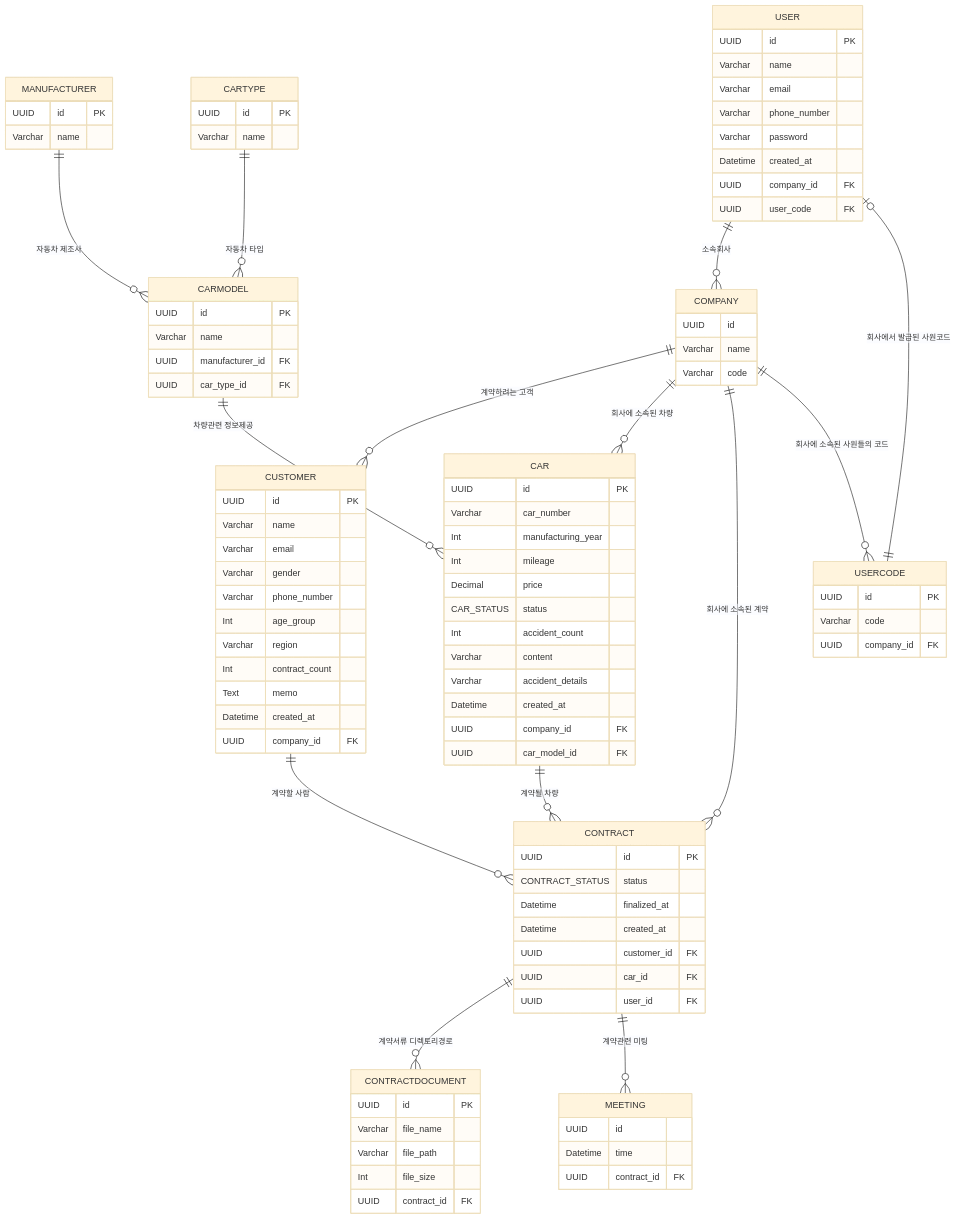
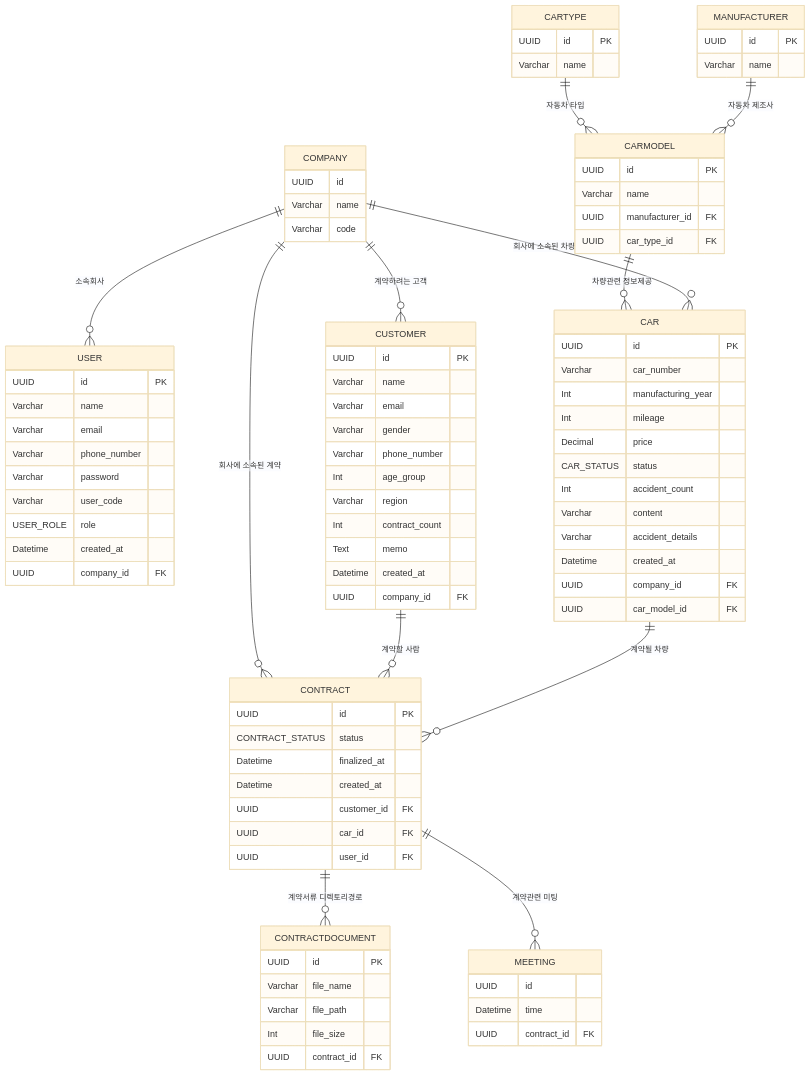
The diagram in README.md (NB-1-DearCarmate/1-DearCarmate-3), drawn with Mermaid (base theme) before and after one commit. The commit also changed 1 other file, not shown here.

Commit message:
erd 수정

````diff
--- a/README.md
+++ b/README.md
@@ -6,10 +6,13 @@
   Varchar email
   Varchar phone_number
   Varchar password
+  Varchar user_code
+  USER_ROLE role
   Datetime created_at
   UUID company_id FK
-  UUID user_code FK
 }
+%% ENUM TYPE: USER_ROLE
+%% VALUES: ADMIN, OWNER, EMPLOYEE
 
 CUSTOMER{
   UUID id PK
@@ -91,14 +94,7 @@
   Varchar code
 }
 
-USERCODE{
-  UUID id PK
-  Varchar code
-  UUID company_id FK
-}
-
-    USER ||--o{ COMPANY : "소속회사"
-    USERCODE ||--o| USER : "회사에서 발급된 사원코드"
+    COMPANY ||--o{ USER : "소속회사"
     COMPANY ||--o{ CUSTOMER  : "계약하려는 고객"
     COMPANY ||--o{ CAR : "회사에 소속된 차량"
     CARMODEL ||--o{ CAR : "차량관련 정보제공"
@@ -109,6 +105,5 @@
     MANUFACTURER ||--o{ CARMODEL : "자동차 제조사"
     CARTYPE ||--o{ CARMODEL : "자동차 타입"
     CONTRACT ||--o{ MEETING : "계약관련 미팅"
-    COMPANY ||--o{ USERCODE : "회사에 소속된 사원들의 코드"
 
 ```
````
